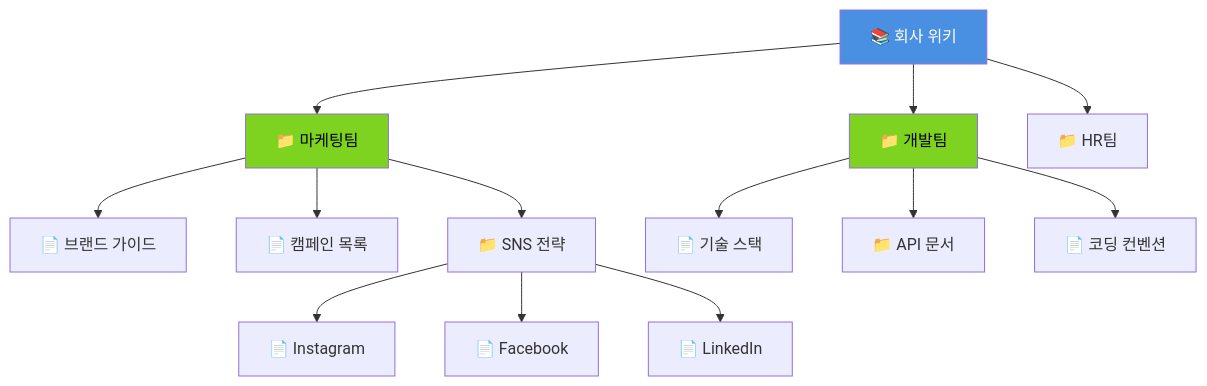
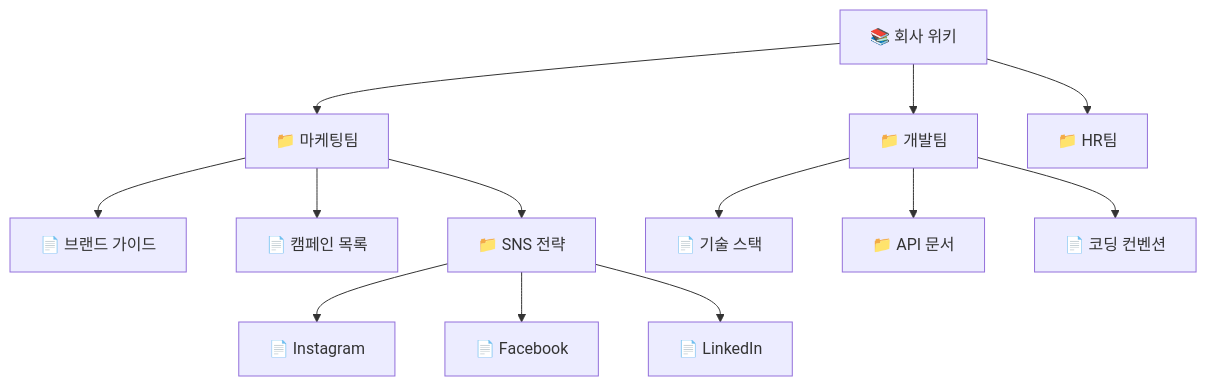
One commit to nugurejeil/weniVooks changed the seventh of 26 diagrams in _md/genai-notion/chapter07/07-1.md. Above: the diagram before and after it, drawn with Mermaid. The commit also changed other lines of this file and 187 other files, not shown here.

````diff
--- a/_md/genai-notion/chapter07/07-1.md
+++ b/_md/genai-notion/chapter07/07-1.md
@@ -177,22 +167,18 @@
 ```mermaid
 graph TD
     A[📚 회사 위키] --> B[📁 마케팅팀]
     A --> C[📁 개발팀]
     A --> D[📁 HR팀]
 
     B --> B1[📄 브랜드 가이드]
     B --> B2[📄 캠페인 목록]
     B --> B3[📁 SNS 전략]
 
     B3 --> B31[📄 Instagram]
     B3 --> B32[📄 Facebook]
     B3 --> B33[📄 LinkedIn]
 
     C --> C1[📄 기술 스택]
     C --> C2[📁 API 문서]
     C --> C3[📄 코딩 컨벤션]
-
-    style A fill:#4A90E2,color:#fff
-    style B fill:#7ED321,color:#000
-    style C fill:#7ED321,color:#000
 ```
````
